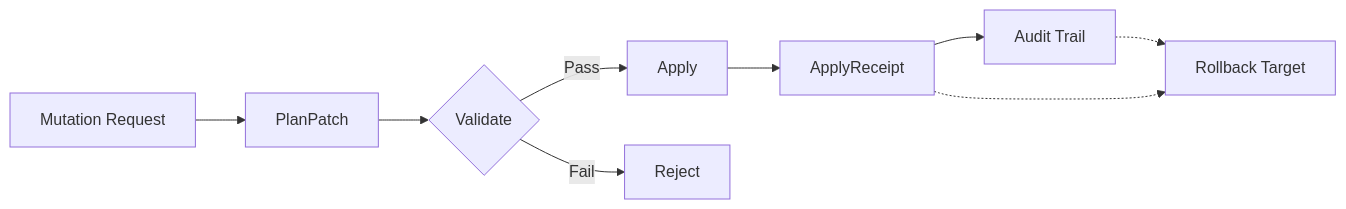
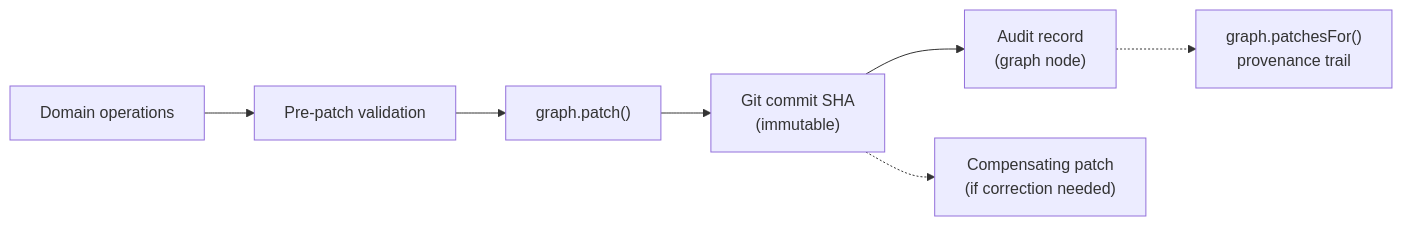
One commit to flyingrobots/xyph changed the diagram in docs/diagrams/audit-chain.mmd. Above: the diagram before and after it, drawn with Mermaid. The commit also changed 28 other files, not shown here.

```diff
--- a/docs/diagrams/audit-chain.mmd
+++ b/docs/diagrams/audit-chain.mmd
@@ -1,9 +1,7 @@
 flowchart LR
-    A["Mutation Request"] --> B["PlanPatch"]
-    B --> C{"Validate"}
-    C -->|Pass| D["Apply"]
-    C -->|Fail| E["Reject"]
-    D --> F["ApplyReceipt"]
-    F --> G["Audit Trail"]
-    G -.-> H["Rollback Target"]
-    F -.-> H
+    A["Domain operations"] --> B["Pre-patch validation"]
+    B --> C["graph.patch()"]
+    C --> D["Git commit SHA\n(immutable)"]
+    D --> E["Audit record\n(graph node)"]
+    E -.-> F["graph.patchesFor()\nprovenance trail"]
+    D -.-> G["Compensating patch\n(if correction needed)"]
```
